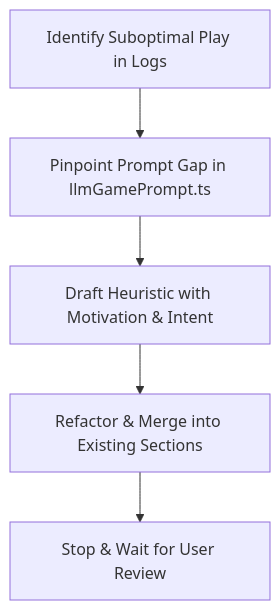
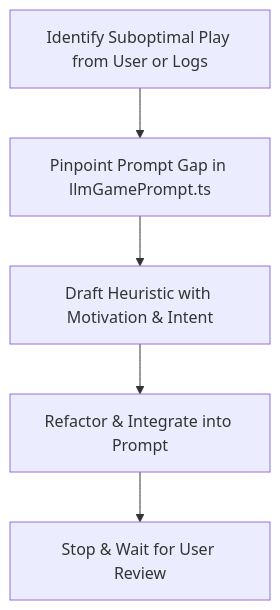
One commit to ejfn/Tractor changed the diagram in .agents/skills/prompt-refinement/SKILL.md. Above: the diagram before and after it, drawn with Mermaid. The commit also changed other lines of this file and 1 other file, not shown here.

Commit message:
Refine 4th player heuristic and update prompt-refinement skill (#397)

````diff
--- a/.agents/skills/prompt-refinement/SKILL.md
+++ b/.agents/skills/prompt-refinement/SKILL.md
@@ -42,7 +45,7 @@
 ```mermaid
 graph TD
-    A[Identify Suboptimal Play in Logs] --> B[Pinpoint Prompt Gap in llmGamePrompt.ts]
+    A[Identify Suboptimal Play from User or Logs] --> B[Pinpoint Prompt Gap in llmGamePrompt.ts]
     B --> C[Draft Heuristic with Motivation & Intent]
-    C --> D[Refactor & Merge into Existing Sections]
+    C --> D[Refactor & Integrate into Prompt]
     D --> E[Stop & Wait for User Review]
 ```
````
